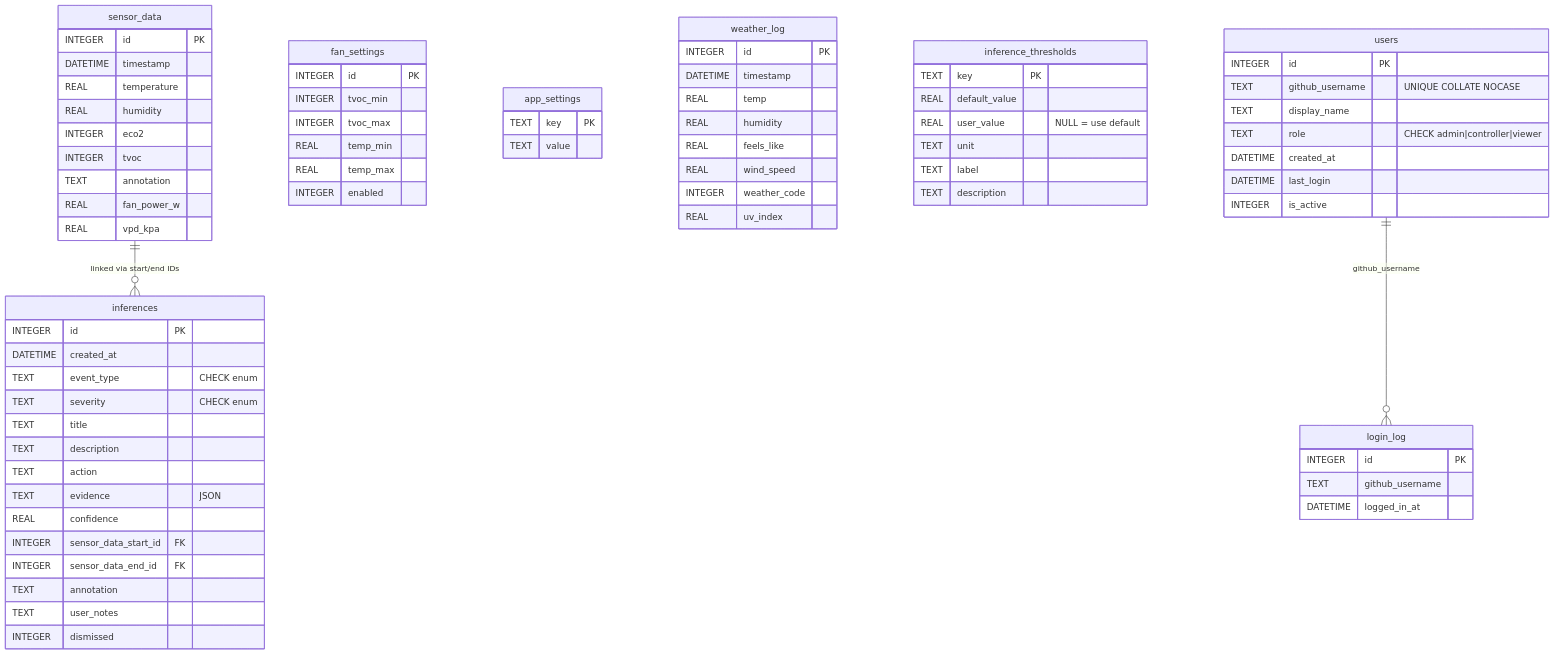
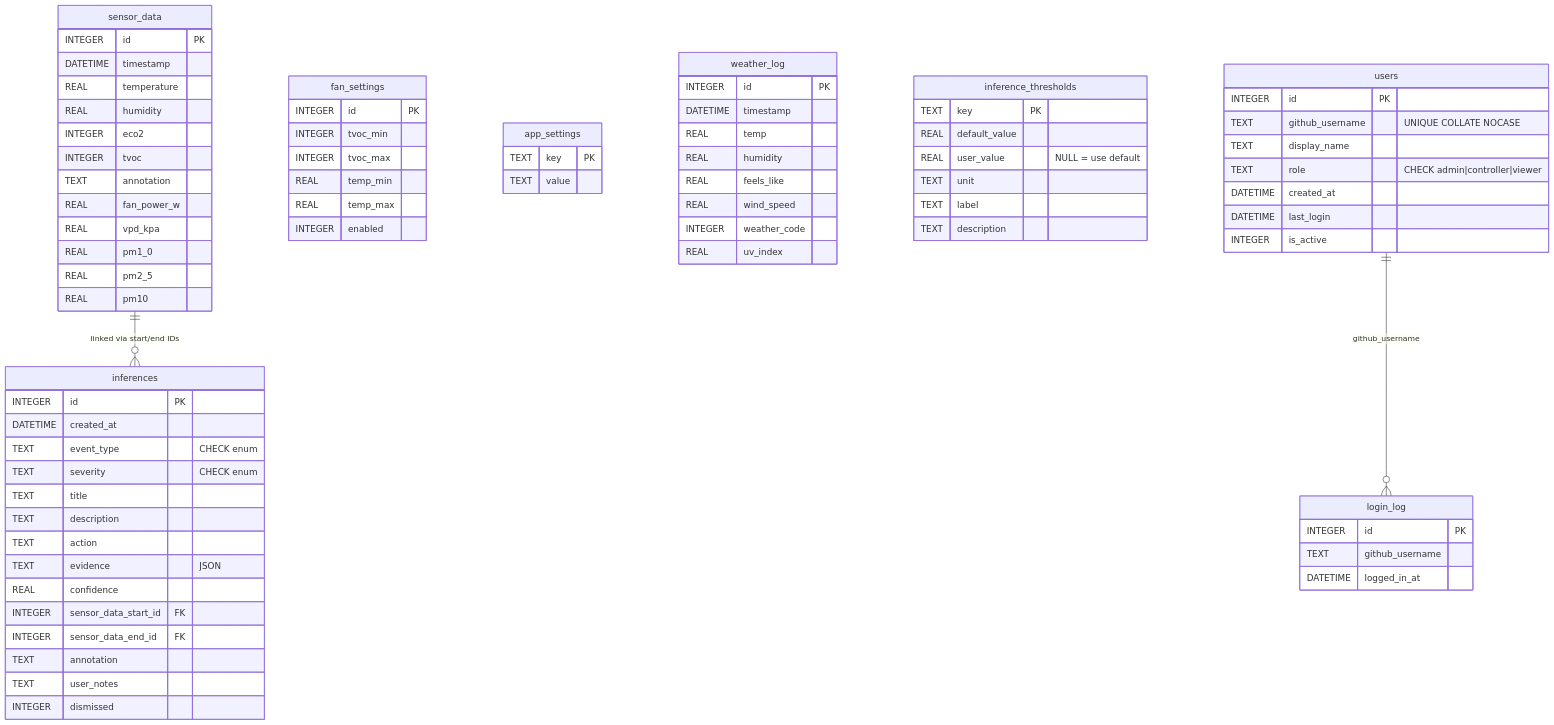
Before and after one commit to Ryan-be/mars-air-quility: the third of 5 diagrams in readme.md, drawn with Mermaid. The commit also changed other lines of this file and 1 other file, not shown here.

```diff
--- a/readme.md
+++ b/readme.md
@@ -231,6 +248,9 @@
         TEXT annotation
         REAL fan_power_w
         REAL vpd_kpa
+        REAL pm1_0
+        REAL pm2_5
+        REAL pm10
     }
 
     fan_settings {
```
